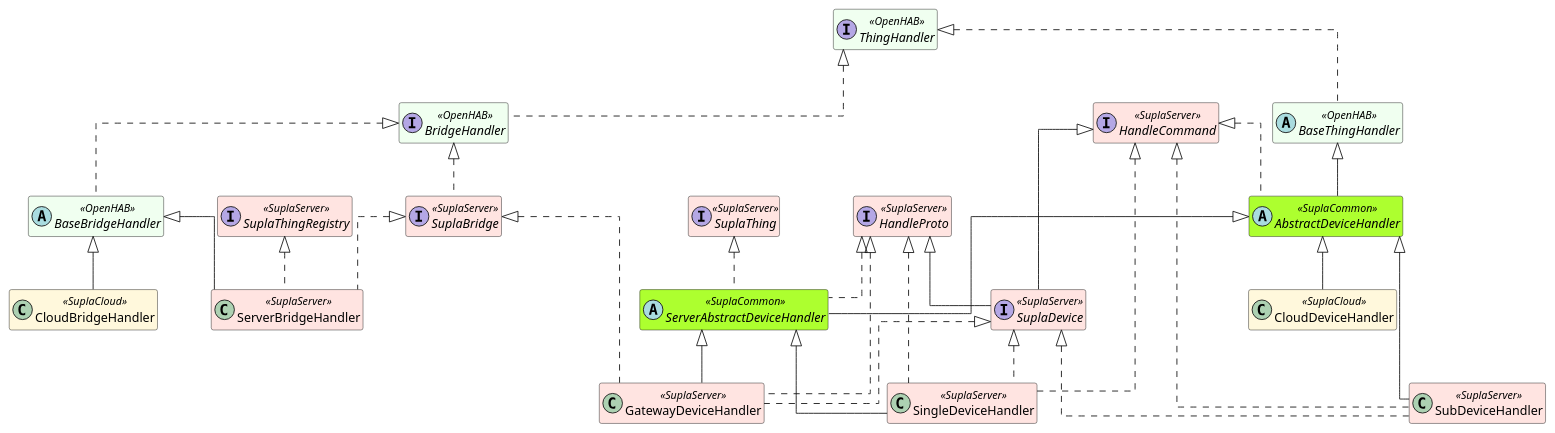
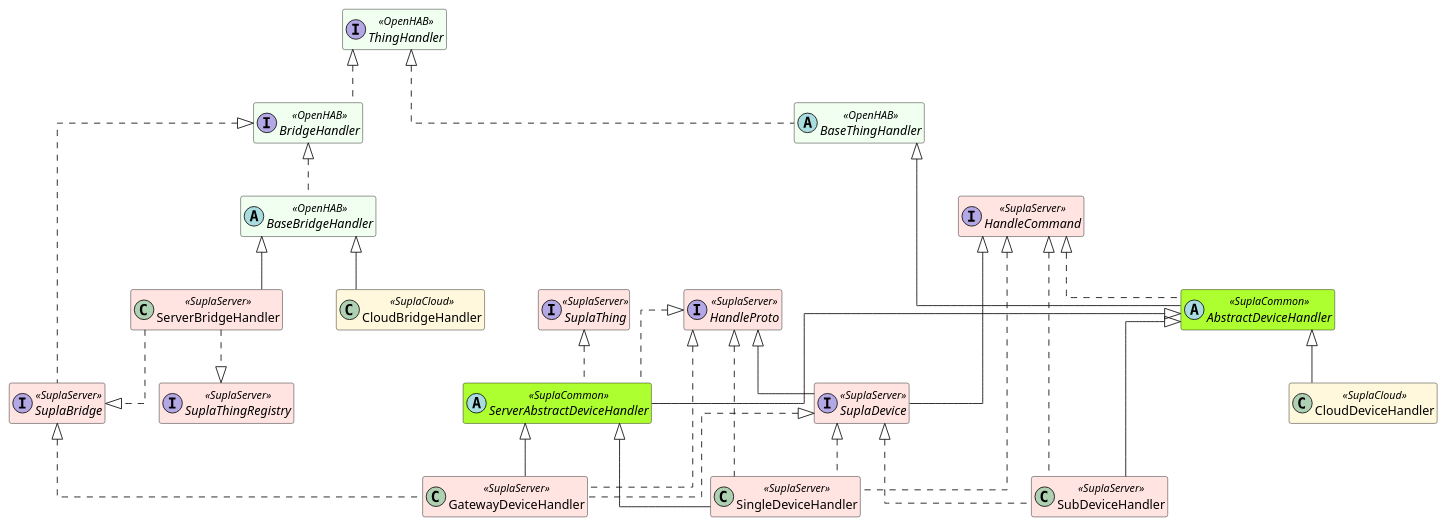
Before and after one commit to magx2/openhab-supla: the diagram in puml/handler-inheritance.puml, drawn with PlantUML.

Commit message:
Configure arrows for `ServerBridgeHandler`

```diff
--- a/puml/handler-inheritance.puml
+++ b/puml/handler-inheritance.puml
@@ -1,76 +1,76 @@
 @startuml
 skinparam classAttributeIconSize 0
 skinparam linetype ortho
 skinparam nodesep 60
 skinparam ranksep 60
 hide empty members
 
 ' Keep the most-shared abstractions visually at the top
 top to bottom direction
 
 skinparam class {
 BackgroundColor<<OpenHAB>> HoneyDew
 BackgroundColor<<SuplaCloud>> Cornsilk
 BackgroundColor<<SuplaServer>> MistyRose
 BackgroundColor<<SuplaCommon>> GreenYellow
 }
 
 ' Anchor heavily used OpenHAB and Supla abstractions on the top rank
 interface ThingHandler <<OpenHAB>>
 interface BridgeHandler <<OpenHAB>>
 abstract class BaseThingHandler <<OpenHAB>>
 abstract class BaseBridgeHandler <<OpenHAB>>
 
 abstract class AbstractDeviceHandler <<SuplaCommon>>
 abstract class ServerAbstractDeviceHandler <<SuplaCommon>>
 
 interface HandleCommand <<SuplaServer>>
 interface HandleProto <<SuplaServer>>
 interface SuplaDevice <<SuplaServer>>
 interface SuplaThing <<SuplaServer>>
 interface SuplaThingRegistry <<SuplaServer>>
 interface SuplaBridge <<SuplaServer>>
 
 class GatewayDeviceHandler <<SuplaServer>>
 class SingleDeviceHandler <<SuplaServer>>
 class SubDeviceHandler <<SuplaServer>>
 class ServerBridgeHandler <<SuplaServer>>
 
 class CloudBridgeHandler <<SuplaCloud>>
 class CloudDeviceHandler <<SuplaCloud>>
 
 ' OpenHAB core relationships
 ThingHandler <|.. BaseThingHandler
 ThingHandler <|.. BridgeHandler
 BridgeHandler <|.. BaseBridgeHandler
 
 ' Device handler relationships
 BaseThingHandler <|-down- AbstractDeviceHandler
 AbstractDeviceHandler <|-down- ServerAbstractDeviceHandler
 AbstractDeviceHandler <|-down- SubDeviceHandler
 AbstractDeviceHandler <|-down- CloudDeviceHandler
 ServerAbstractDeviceHandler <|-down- GatewayDeviceHandler
 ServerAbstractDeviceHandler <|-down- SingleDeviceHandler
 
 ' Supla trait implementations (device side)
 HandleCommand <|.. AbstractDeviceHandler
 HandleCommand <|.. SubDeviceHandler
 HandleCommand <|.. SingleDeviceHandler
 HandleProto <|.. ServerAbstractDeviceHandler
 HandleProto <|.. SingleDeviceHandler
 HandleProto <|.. GatewayDeviceHandler
 HandleCommand <|-- SuplaDevice
 HandleProto <|-- SuplaDevice
 SuplaDevice <|.. SubDeviceHandler
 SuplaDevice <|.. SingleDeviceHandler
 SuplaDevice <|.. GatewayDeviceHandler
 SuplaThing <|.. ServerAbstractDeviceHandler
 
 ' Bridge handler relationships
 BaseBridgeHandler <|-down- CloudBridgeHandler
 BaseBridgeHandler <|-down- ServerBridgeHandler
 BridgeHandler <|.. SuplaBridge
 SuplaBridge <|.. GatewayDeviceHandler
-SuplaBridge <|.. ServerBridgeHandler
-SuplaThingRegistry <|.. ServerBridgeHandler
+SuplaBridge <|.up. ServerBridgeHandler
+SuplaThingRegistry <|.up. ServerBridgeHandler
 @enduml
```
